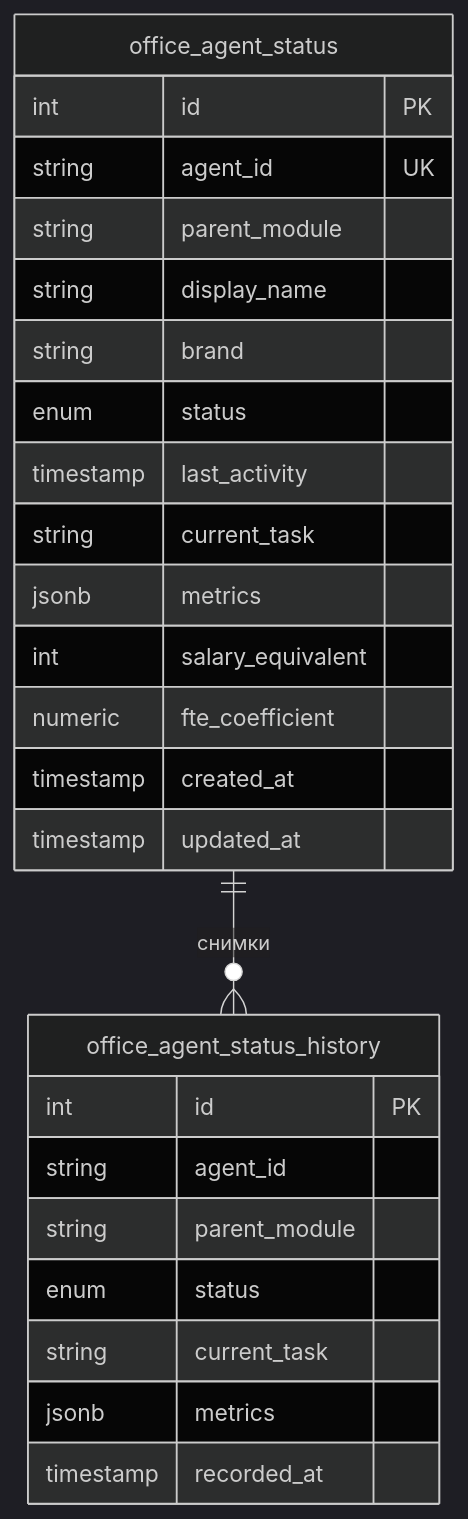
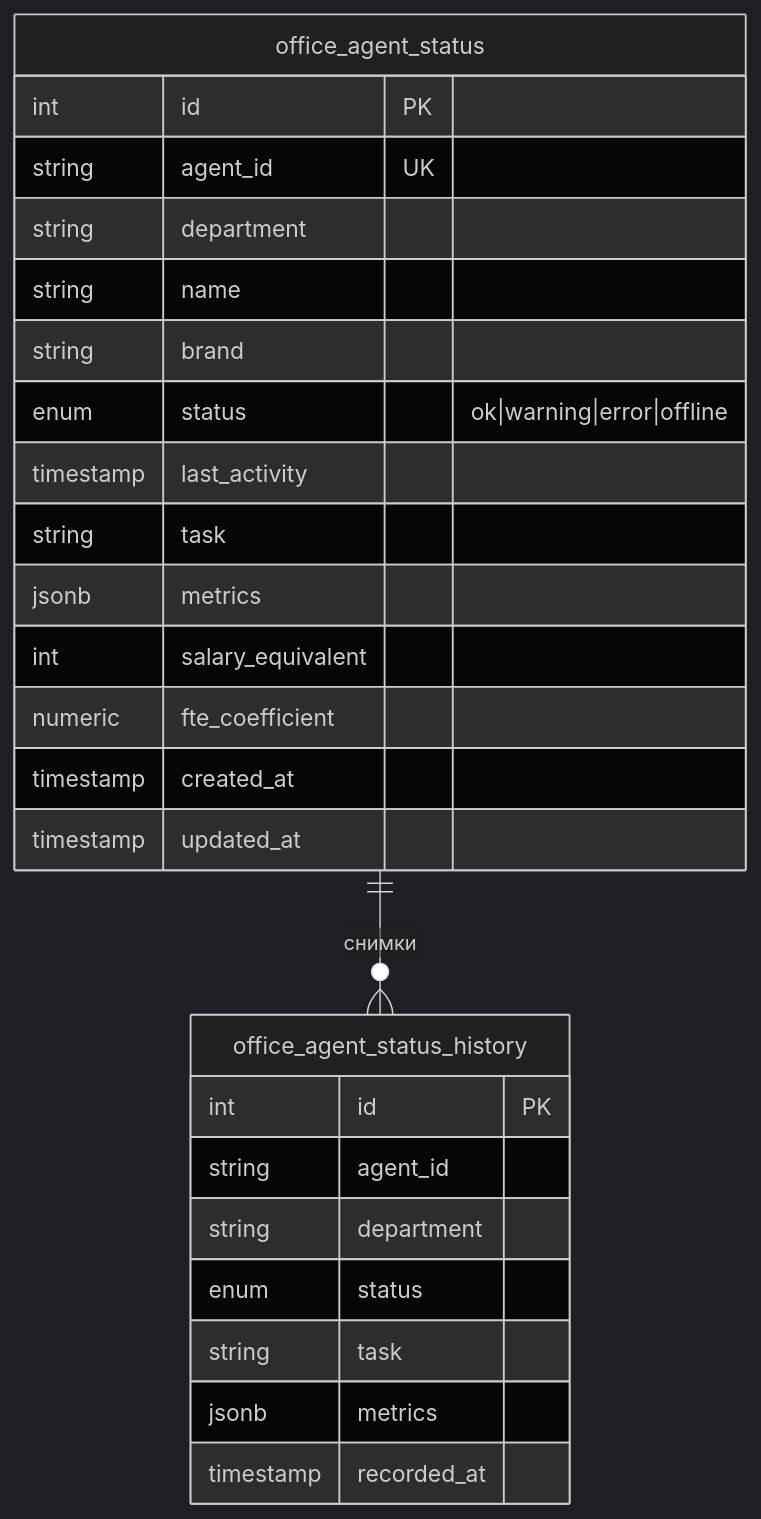
Before and after one commit to Sign25/Docs: the diagram in office/adolf_office_2_database_v1_0.md, drawn with Mermaid (dark theme). The commit also changed other lines of this file, not shown here.

Commit message:
Sync with Office repo - update field names and add offline status

````diff
--- a/office/adolf_office_2_database_v1_0.md
+++ b/office/adolf_office_2_database_v1_0.md
@@ -9,30 +9,30 @@
 ```mermaid
 erDiagram
     office_agent_status {
         int id PK
         string agent_id UK
-        string parent_module
-        string display_name
+        string department
+        string name
         string brand
-        enum status
+        enum status "ok|warning|error|offline"
         timestamp last_activity
-        string current_task
+        string task
         jsonb metrics
         int salary_equivalent
         numeric fte_coefficient
         timestamp created_at
         timestamp updated_at
     }
     
     office_agent_status_history {
         int id PK
         string agent_id
-        string parent_module
+        string department
         enum status
-        string current_task
+        string task
         jsonb metrics
         timestamp recorded_at
     }
     
     office_agent_status ||--o{ office_agent_status_history : "снимки"
 ```
````
